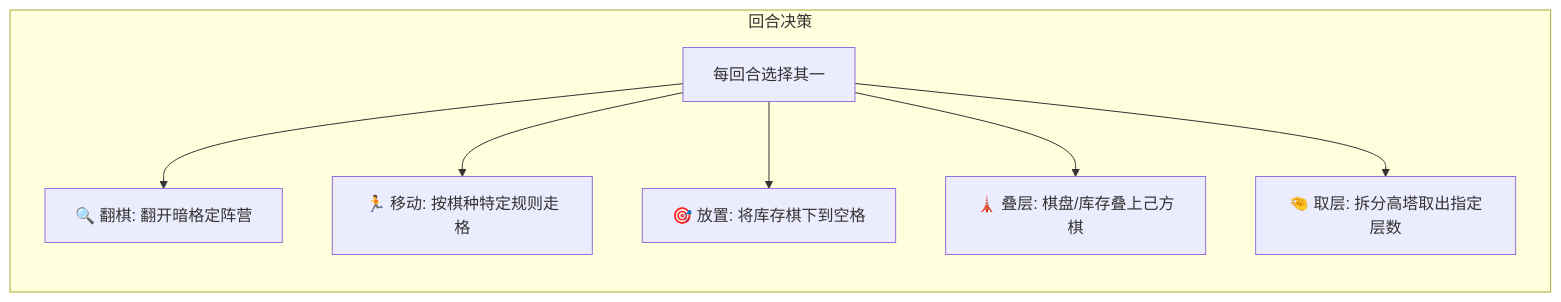
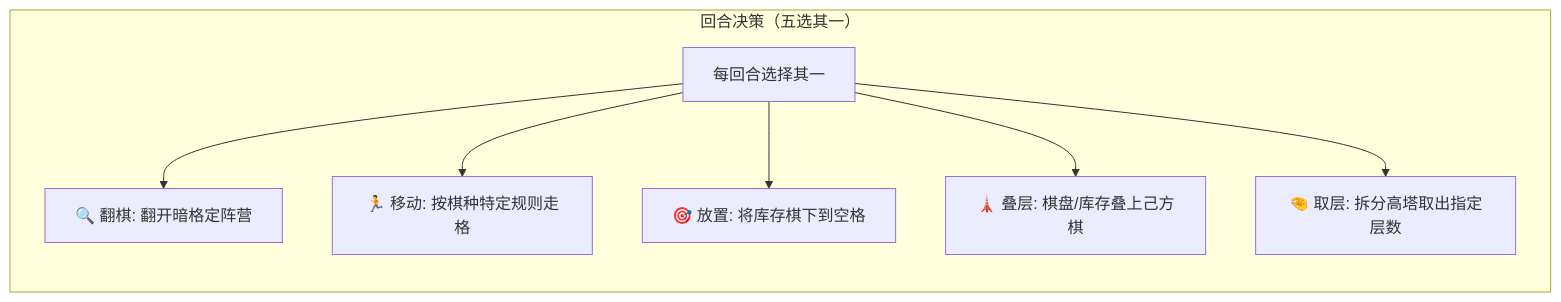
The diagram in README.md (guxiao7538/DieDieFlip), drawn with Mermaid before and after one commit. The commit also changed other lines of this file, not shown here.

Commit message:
fix(docs): standardize mermaid flowchart syntax for github rendering

````diff
--- a/README.md
+++ b/README.md
@@ -52,10 +52,10 @@
 ```mermaid
-graph LR
-    subgraph 回合决策
-        A[每回合选择其一] --> B1[🔍 翻棋: 翻开暗格定阵营]
-        A --> B2[🏃 移动: 按棋种特定规则走格]
-        A --> B3[🎯 放置: 将库存棋下到空格]
-        A --> B4[🗼 叠层: 棋盘/库存叠上己方棋]
-        A --> B5[🤏 取层: 拆分高塔取出指定层数]
+flowchart LR
+    subgraph TurnDecision ["回合决策（五选其一）"]
+        A["每回合选择其一"] --> B1["🔍 翻棋: 翻开暗格定阵营"]
+        A --> B2["🏃 移动: 按棋种特定规则走格"]
+        A --> B3["🎯 放置: 将库存棋下到空格"]
+        A --> B4["🗼 叠层: 棋盘/库存叠上己方棋"]
+        A --> B5["🤏 取层: 拆分高塔取出指定层数"]
     end
 ```
````
